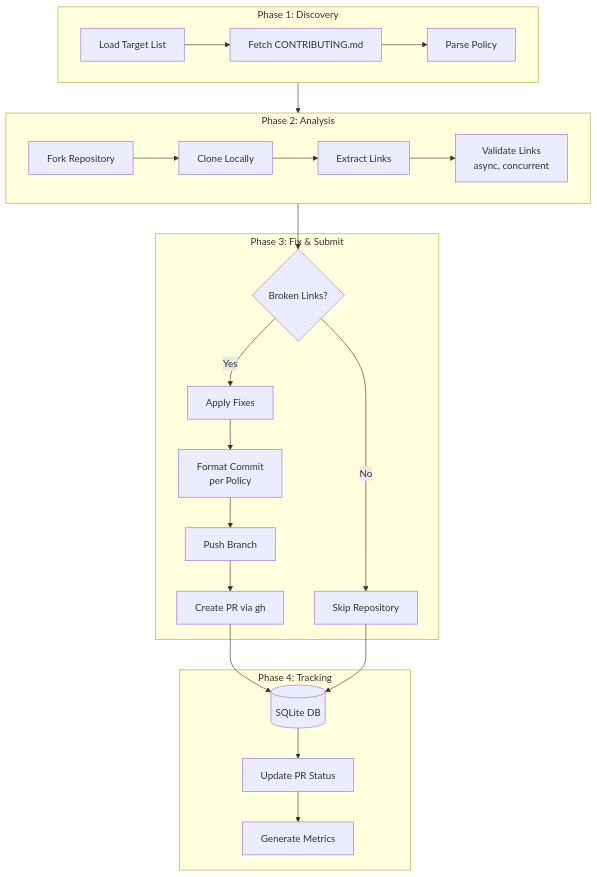
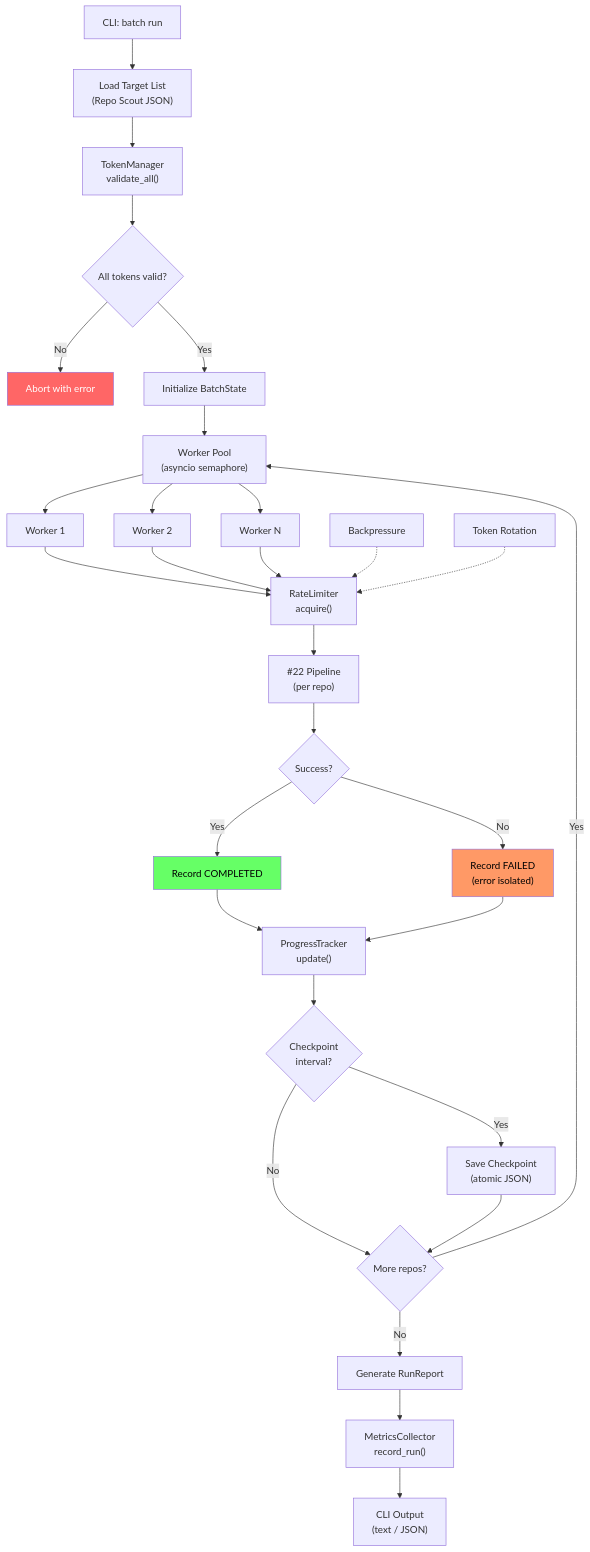
One commit to martymcenroe/gh-link-auditor changed the diagram in docs/lineage/active/19-lld/002-draft.md. Above: the diagram before and after it, drawn with Mermaid. The commit also changed other lines of this file and 15 other files, not shown here.

````diff
--- a/docs/lineage/active/19-lld/002-draft.md
+++ b/docs/lineage/active/19-lld/002-draft.md
@@ -481,35 +643,42 @@
 ```mermaid
 flowchart TD
-    subgraph Phase1["Phase 1: Discovery"]
-        A[Load Target List] --> B[Fetch CONTRIBUTING.md]
-        B --> C[Parse Policy]
-    end
+    A["CLI: batch run"] --> B["Load Target List<br/>(Repo Scout JSON)"]
+    B --> C["TokenManager<br/>validate_all()"]
+    C --> D{"All tokens valid?"}
+    D -- No --> E["Abort with error"]
+    D -- Yes --> F["Initialize BatchState"]
+    F --> G["Worker Pool<br/>(asyncio semaphore)"]
 
-    subgraph Phase2["Phase 2: Analysis"]
-        D[Fork Repository] --> E[Clone Locally]
-        E --> F[Extract Links]
-        F --> G[Validate Links<br/>async, concurrent]
-    end
+    G --> H["Worker 1"]
+    G --> I["Worker 2"]
+    G --> J["Worker N"]
 
-    subgraph Phase3["Phase 3: Fix & Submit"]
-        H{Broken Links?}
-        H -->|Yes| I[Apply Fixes]
-        I --> J[Format Commit<br/>per Policy]
-        J --> K[Push Branch]
-        K --> L[Create PR via gh]
-        H -->|No| M[Skip Repository]
-    end
+    H --> K["RateLimiter<br/>acquire()"]
+    I --> K
+    J --> K
 
-    subgraph Phase4["Phase 4: Tracking"]
-        N[(SQLite DB)]
-        O[Update PR Status]
-        P[Generate Metrics]
-    end
+    K --> L["#22 Pipeline<br/>(per repo)"]
+    L --> M{"Success?"}
+    M -- Yes --> N["Record COMPLETED"]
+    M -- No --> O["Record FAILED<br/>(error isolated)"]
 
-    Phase1 --> Phase2
-    Phase2 --> H
-    L --> N
-    M --> N
-    N --> O
+    N --> P["ProgressTracker<br/>update()"]
     O --> P
+
+    P --> Q{"Checkpoint<br/>interval?"}
+    Q -- Yes --> R["Save Checkpoint<br/>(atomic JSON)"]
+    Q -- No --> S{"More repos?"}
+    R --> S
+
+    S -- Yes --> G
+    S -- No --> T["Generate RunReport"]
+    T --> U["MetricsCollector<br/>record_run()"]
+    U --> V["CLI Output<br/>(text / JSON)"]
+
+    W["Backpressure"] -.-> K
+    X["Token Rotation"] -.-> K
+
+    style E fill:#f66,color:#fff
+    style N fill:#6f6,color:#000
+    style O fill:#f96,color:#000
 ```
````
